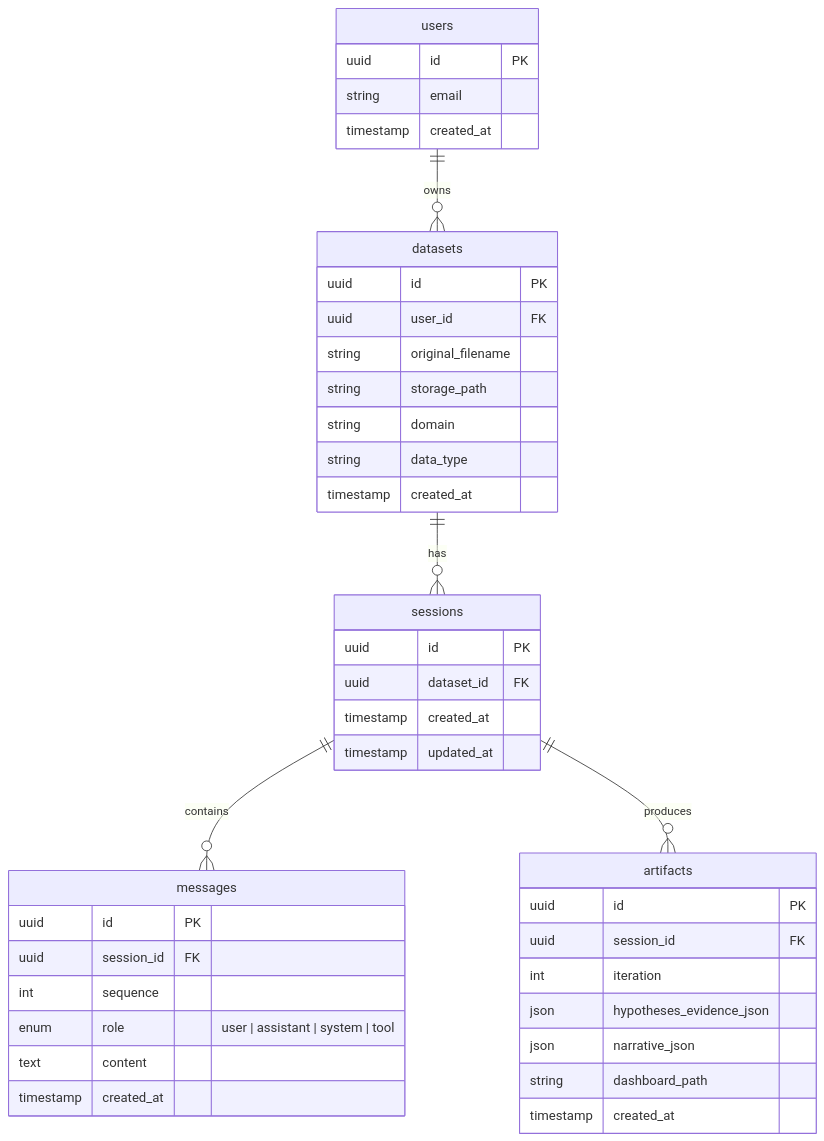
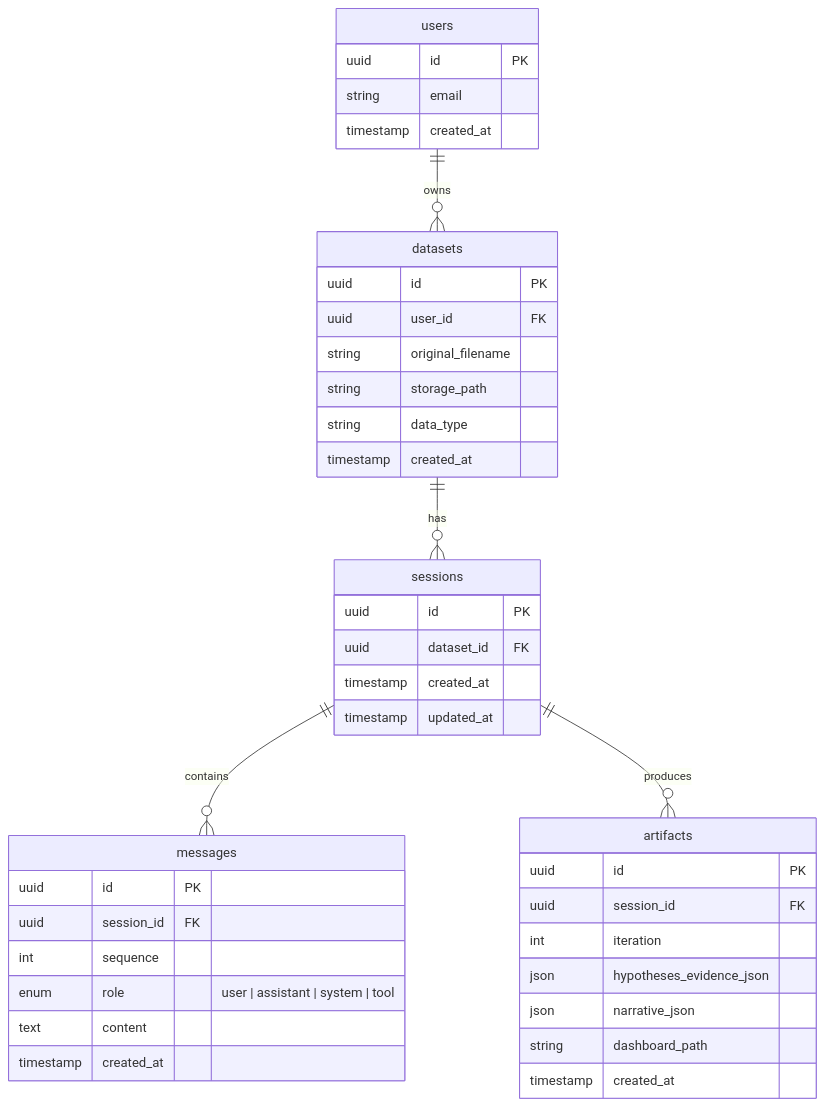
The second of 5 diagrams in design_spec.md (chekahchek/auto-analyst), drawn with Mermaid before and after one commit. The commit also changed other lines of this file and 10 other files, not shown here.

````diff
--- a/design_spec.md
+++ b/design_spec.md
@@ -158,49 +158,48 @@
 ```mermaid
 erDiagram
     users ||--o{ datasets : "owns"
     datasets ||--o{ sessions : "has"
     sessions ||--o{ messages : "contains"
     sessions ||--o{ artifacts : "produces"
 
     users {
         uuid id PK
         string email
         timestamp created_at
     }
 
     datasets {
         uuid id PK
         uuid user_id FK
         string original_filename
         string storage_path
-        string domain
         string data_type
         timestamp created_at
     }
 
     sessions {
         uuid id PK
         uuid dataset_id FK
         timestamp created_at
         timestamp updated_at
     }
 
     messages {
         uuid id PK
         uuid session_id FK
         int sequence
         enum role "user | assistant | system | tool"
         text content
         timestamp created_at
     }
 
     artifacts {
         uuid id PK
         uuid session_id FK
         int iteration
         json hypotheses_evidence_json
         json narrative_json
         string dashboard_path
         timestamp created_at
     }
 ```
````
